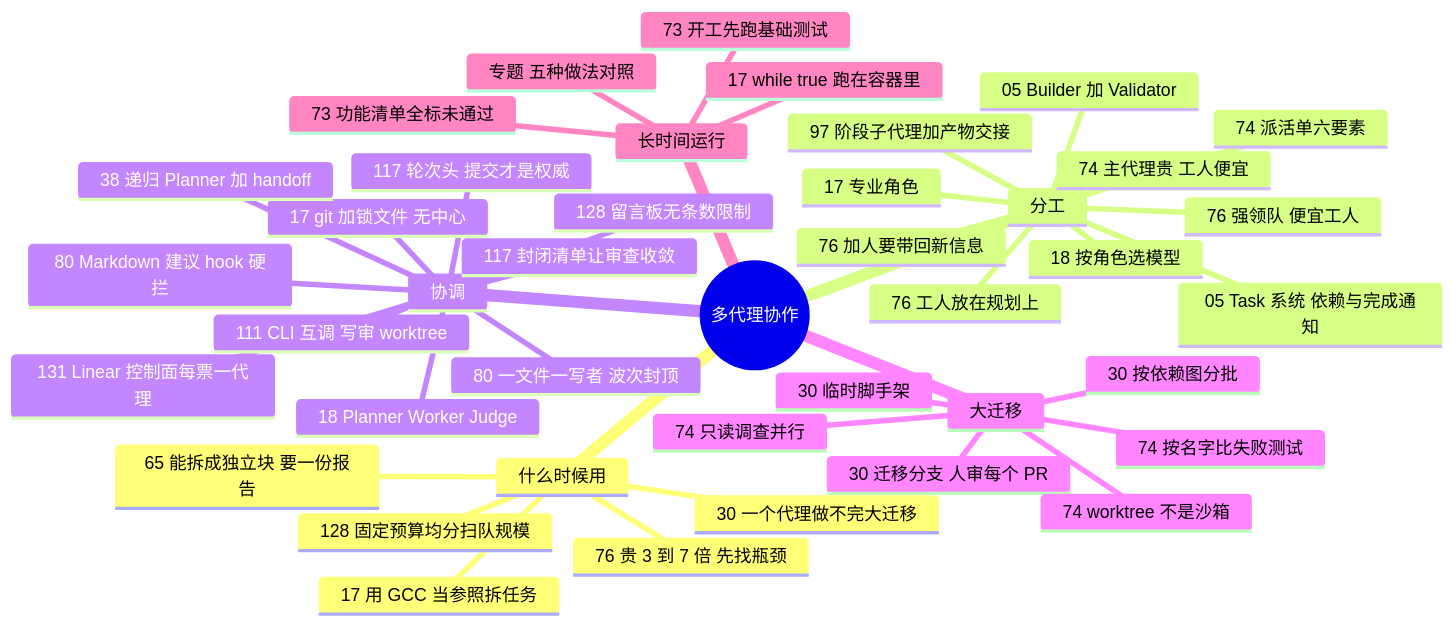
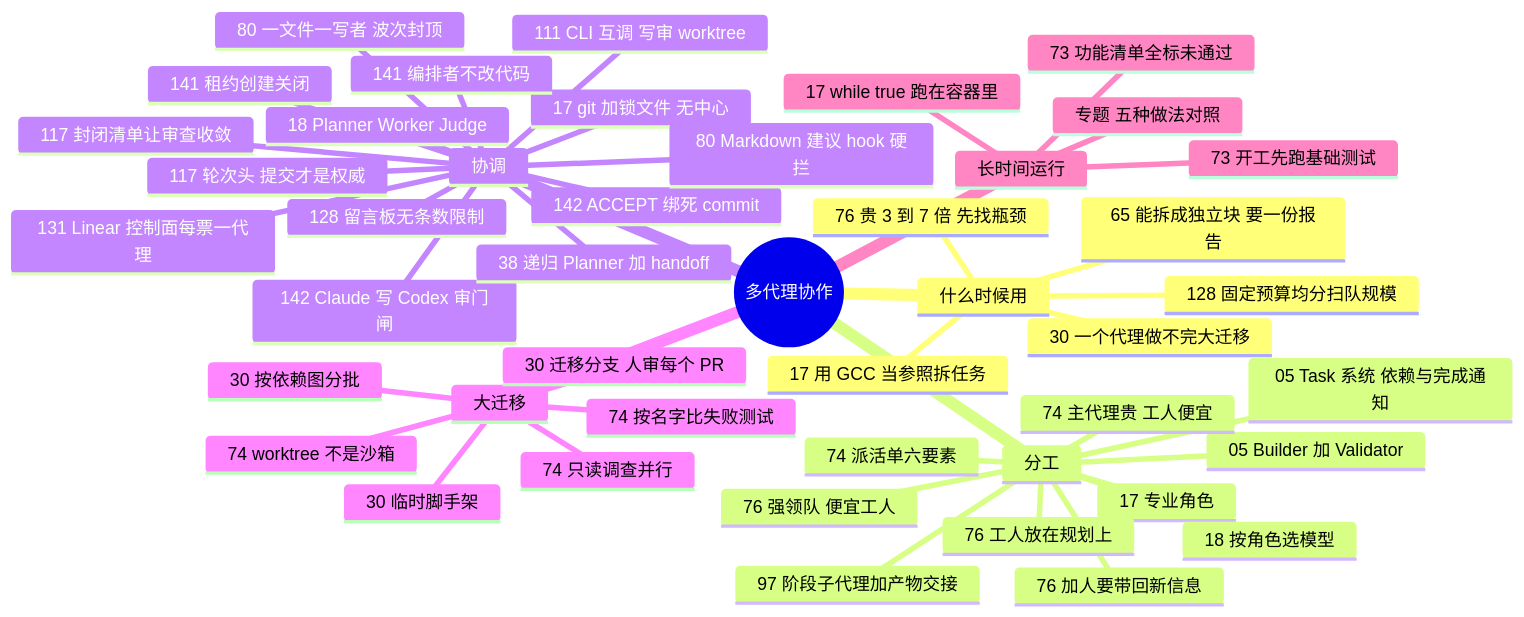
The diagram in docs/guide/multi.md (yzw7489757/ai-coding-videos), drawn with Mermaid before and after one commit. The commit also changed other lines of this file and 16 other files, not shown here.

````diff
--- a/docs/guide/multi.md
+++ b/docs/guide/multi.md
@@ -15,44 +15,48 @@
 ```mermaid
 mindmap
   root((多代理协作))
     什么时候用
       128 固定预算均分扫队规模
       65 能拆成独立块 要一份报告
       17 用 GCC 当参照拆任务
       30 一个代理做不完大迁移
       76 贵 3 到 7 倍 先找瓶颈
     分工
       97 阶段子代理加产物交接
       05 Builder 加 Validator
       05 Task 系统 依赖与完成通知
       17 专业角色
       18 按角色选模型
       74 主代理贵 工人便宜
       74 派活单六要素
       76 工人放在规划上
       76 强领队 便宜工人
       76 加人要带回新信息
     协调
       128 留言板无条数限制
+      142 Claude 写 Codex 审门闸
+      142 ACCEPT 绑死 commit
       17 git 加锁文件 无中心
       18 Planner Worker Judge
       38 递归 Planner 加 handoff
       80 Markdown 建议 hook 硬拦
       80 一文件一写者 波次封顶
       111 CLI 互调 写审 worktree
+      141 编排者不改代码
+      141 租约创建关闭
       117 轮次头 提交才是权威
       117 封闭清单让审查收敛
       131 Linear 控制面每票一代理
     大迁移
       30 迁移分支 人审每个 PR
       30 按依赖图分批
       30 临时脚手架
       74 按名字比失败测试
       74 只读调查并行
       74 worktree 不是沙箱
     长时间运行
       17 while true 跑在容器里
       73 功能清单全标未通过
       73 开工先跑基础测试
       专题 五种做法对照
 ```
````
